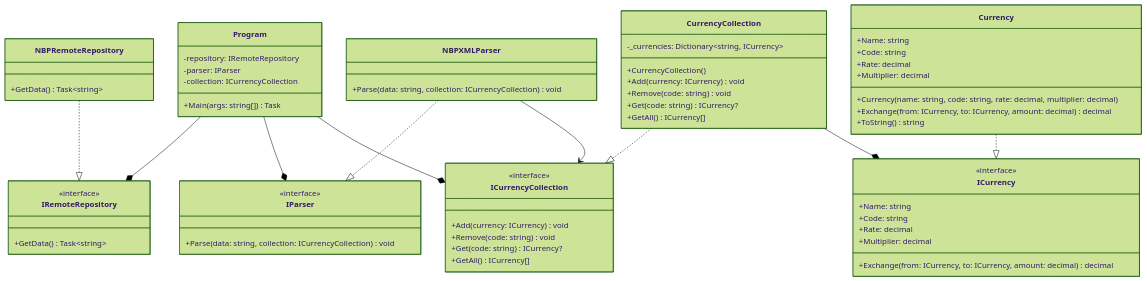
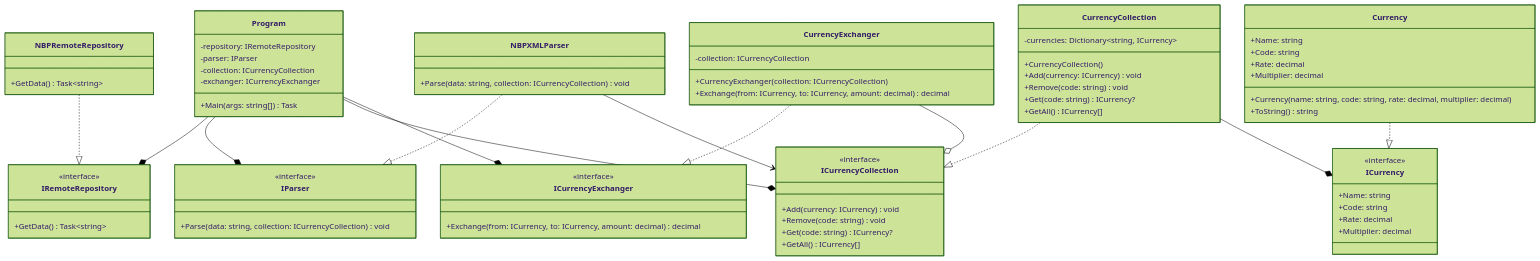
The diagram in README.md (LostInTheLogs/PK-TO), drawn with Mermaid (forest theme) before and after one commit.

Commit message:
Add ICurrencyExchanger interface and update README

````diff
--- a/README.md
+++ b/README.md
@@ -4,6 +4,7 @@
         -repository: IRemoteRepository
         -parser: IParser
         -collection: ICurrencyCollection
+        -exchanger: ICurrencyExchanger
         +Main(args: string[]) Task
     }
 
@@ -31,6 +32,17 @@
         +Code: string
         +Rate: decimal
         +Multiplier: decimal
+    }
+
+    class ICurrencyExchanger {
+        <<interface>>
+        +Exchange(from: ICurrency, to: ICurrency, amount: decimal) decimal
+    }
+
+
+    class CurrencyExchanger {
+        -collection: ICurrencyCollection
+        +CurrencyExchanger(collection: ICurrencyCollection)
         +Exchange(from: ICurrency, to: ICurrency, amount: decimal) decimal
     }
 
@@ -40,9 +52,9 @@
         +Rate: decimal
         +Multiplier: decimal
         +Currency(name: string, code: string, rate: decimal, multiplier: decimal)
-        +Exchange(from: ICurrency, to: ICurrency, amount: decimal) decimal
         +ToString() string
     }
+
 
     class ICurrencyCollection {
         <<interface>>
@@ -53,7 +65,7 @@
     }
 
     class CurrencyCollection {
-        -_currencies: Dictionary~string, ICurrency~
+        -currencies: Dictionary~string, ICurrency~
         +CurrencyCollection()
         +Add(currency: ICurrency) void
         +Remove(code: string) void
@@ -64,13 +76,16 @@
     Program --* IRemoteRepository
     Program --* IParser
     Program --* ICurrencyCollection
+    Program --* ICurrencyExchanger
 
     NBPRemoteRepository ..|> IRemoteRepository
     NBPXMLParser ..|> IParser
     Currency ..|> ICurrency
+    CurrencyExchanger ..|> ICurrencyExchanger
     CurrencyCollection ..|> ICurrencyCollection
 
     CurrencyCollection --* ICurrency
+    CurrencyExchanger --o ICurrencyCollection
     NBPXMLParser --> ICurrencyCollection
 
 ```
````
